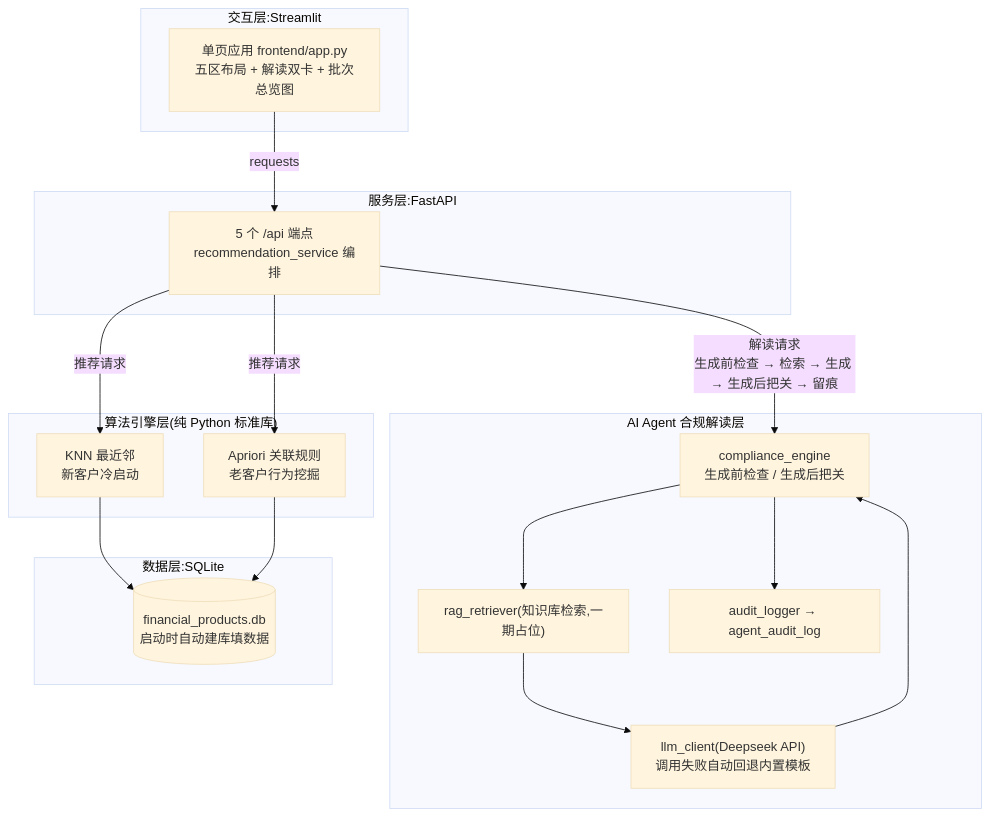
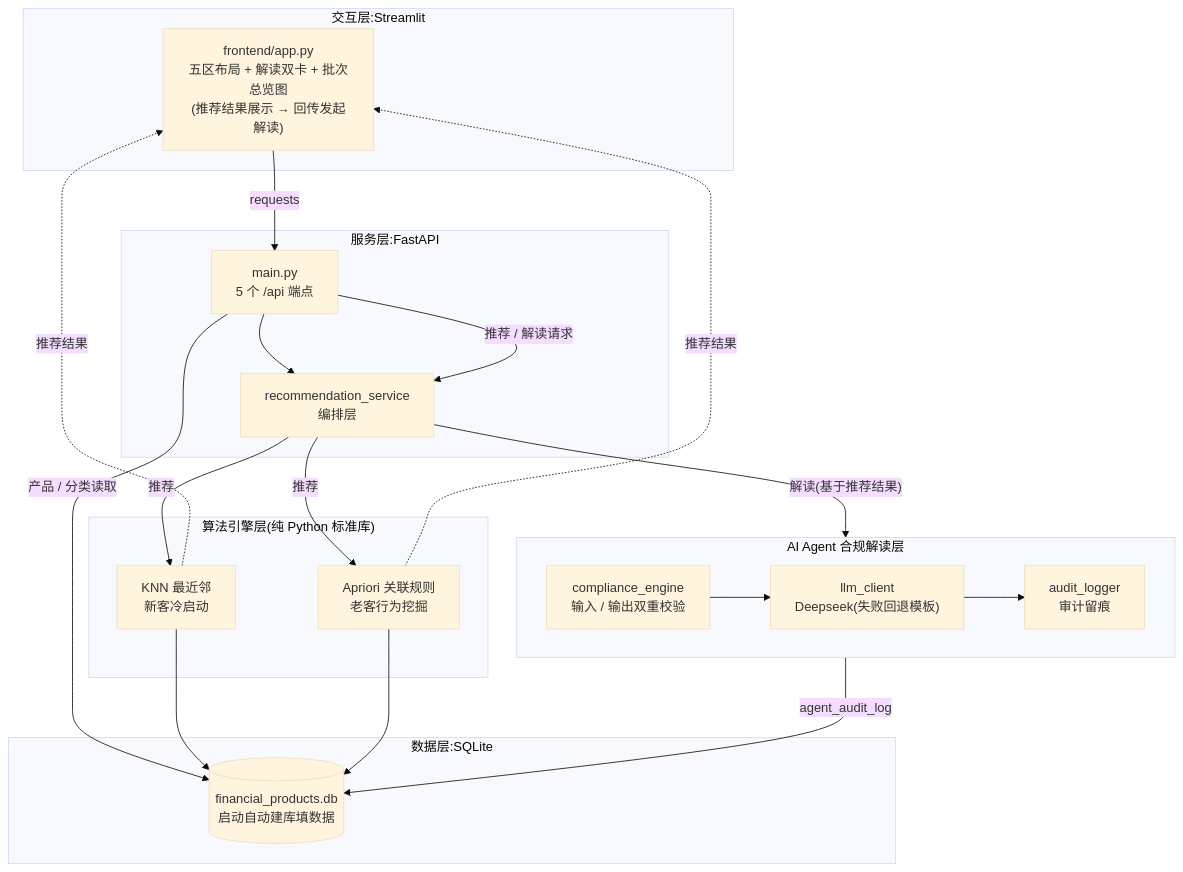
One commit to Everly-huang/Finance-CRM-Agent changed the diagram in README.md. Above: the diagram before and after it, drawn with Mermaid (base theme). The commit also changed other lines of this file, not shown here.

Commit message:
README 架构图修正:体现「先推荐、后解读」依赖与网关分流
- 补算法层→页面虚线:推荐结果回传展示后,再携带结果发起解读
- 网关边精确化:仅推荐/解读请求委托编排层,产品/分类读取直达数据层
- 介绍句恢复准确流水线:生成前校验→大模型生成→生成后校验→审计落库

````diff
--- a/README.md
+++ b/README.md
@@ -29,30 +29,37 @@
 ```mermaid
 graph TB
     subgraph 交互层["交互层:Streamlit"]
-        UI["单页应用 frontend/app.py<br>五区布局 + 解读双卡 + 批次总览图"]
+        UI["frontend/app.py<br>五区布局 + 解读双卡 + 批次总览图<br>(推荐结果展示 → 回传发起解读)"]
     end
     subgraph 服务层["服务层:FastAPI"]
-        API["5 个 /api 端点<br>recommendation_service 编排"]
+        API["main.py<br>5 个 /api 端点"]
+        SVC["recommendation_service<br>编排层"]
+        API --> SVC
+    end
+    subgraph 算法层["算法引擎层(纯 Python 标准库)"]
+        KNN["KNN 最近邻<br>新客冷启动"]
+        AP["Apriori 关联规则<br>老客行为挖掘"]
     end
     subgraph Agent层["AI Agent 合规解读层"]
-        CE["compliance_engine<br>生成前检查 / 生成后把关"]
-        RAG["rag_retriever(知识库检索,一期占位)"]
-        LLM["llm_client(Deepseek API)<br>调用失败自动回退内置模板"]
-        AL["audit_logger → agent_audit_log"]
-    end
-    subgraph 算法层["算法引擎层(纯 Python 标准库)"]
-        KNN["KNN 最近邻<br>新客户冷启动"]
-        AP["Apriori 关联规则<br>老客户行为挖掘"]
+        direction LR
+        CE["compliance_engine<br>输入 / 输出双重校验"]
+        LLM["llm_client<br>Deepseek(失败回退模板)"]
+        AUD["audit_logger<br>审计留痕"]
+        CE --> LLM --> AUD
     end
     subgraph 数据层["数据层:SQLite"]
-        DB[("financial_products.db<br>启动时自动建库填数据")]
+        DB[("financial_products.db<br>启动自动建库填数据")]
     end
 
     UI -->|"requests"| API
-    API -->|"解读请求<br>生成前检查 → 检索 → 生成 → 生成后把关 → 留痕"| CE
-    CE --> RAG --> LLM --> CE --> AL
-    API -->|"推荐请求"| KNN
-    API -->|"推荐请求"| AP
+    API -->|"推荐 / 解读请求"| SVC
+    API -->|"产品 / 分类读取"| DB
+    SVC -->|"推荐"| KNN
+    SVC -->|"推荐"| AP
+    KNN -.->|"推荐结果"| UI
+    AP -.->|"推荐结果"| UI
+    SVC -->|"解读(基于推荐结果)"| CE
     KNN --> DB
     AP --> DB
+    AUD -->|"agent_audit_log"| DB
 ```
````
